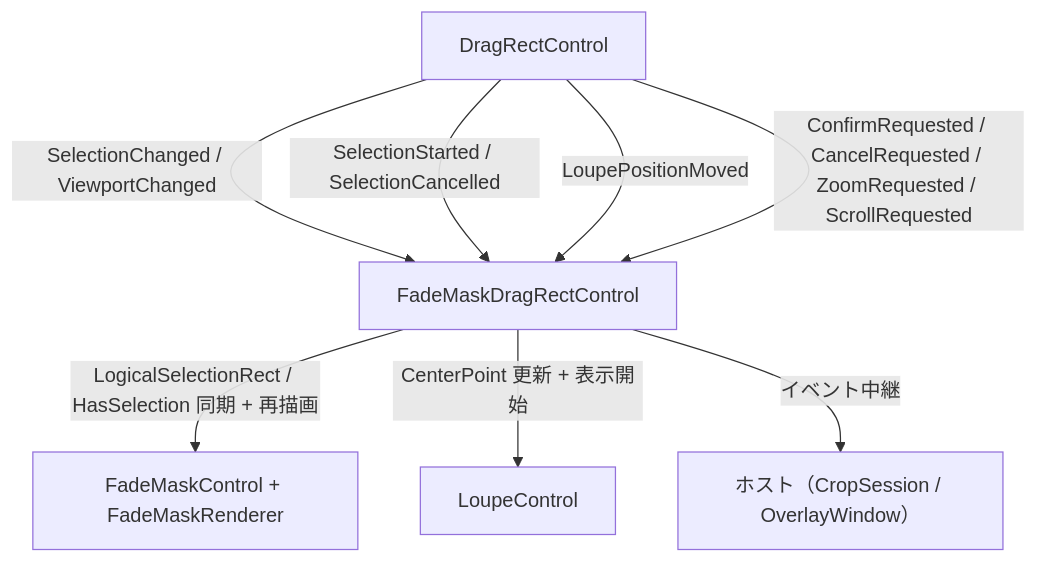
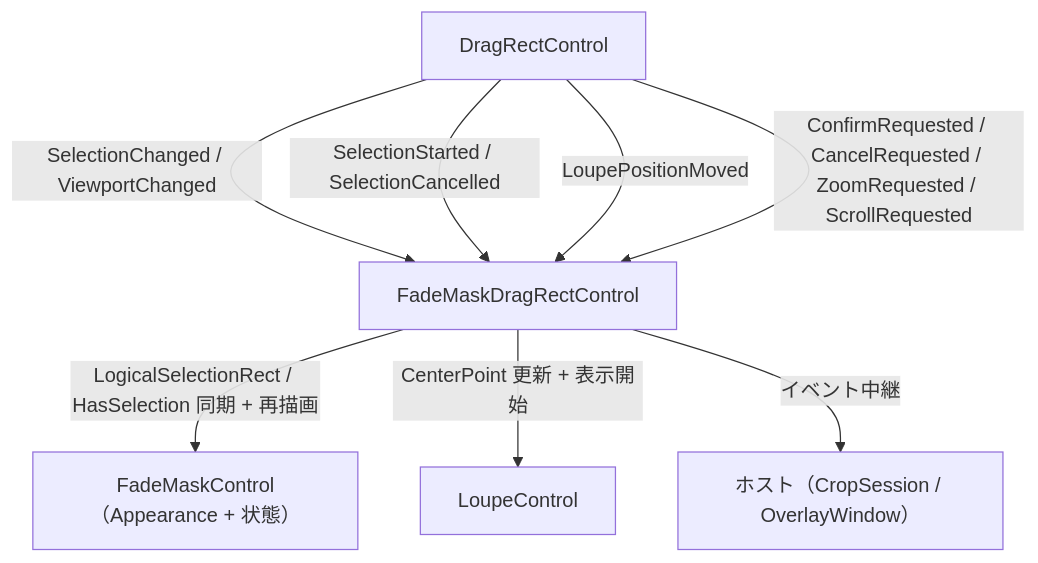
Before and after one commit to tomokuni/SaveEvidence: the diagram in src/FadeMaskDragRectControl.AvaloniaUI/SPEC_ExtFunc.md, drawn with Mermaid. The commit also changed other lines of this file and 63 other files, not shown here.

First line of the commit message:
FadeMaskControlの描画契約を整理

````diff
--- a/src/FadeMaskDragRectControl.AvaloniaUI/SPEC_ExtFunc.md
+++ b/src/FadeMaskDragRectControl.AvaloniaUI/SPEC_ExtFunc.md
@@ -255,10 +255,10 @@
 ```mermaid
 graph TD
     DR["DragRectControl"] -->|"SelectionChanged / ViewportChanged"| SC["FadeMaskDragRectControl"]
     DR -->|"SelectionStarted / SelectionCancelled"| SC
     DR -->|"LoupePositionMoved"| SC
     DR -->|"ConfirmRequested / CancelRequested / ZoomRequested / ScrollRequested"| SC
-    SC -->|"LogicalSelectionRect / HasSelection 同期 + 再描画"| FM["FadeMaskControl + FadeMaskRenderer"]
+    SC -->|"LogicalSelectionRect / HasSelection 同期 + 再描画"| FM["FadeMaskControl（Appearance + 状態）"]
     SC -->|"CenterPoint 更新 + 表示開始"| LC["LoupeControl"]
     SC -->|"イベント中継"| HOST["ホスト（CropSession / OverlayWindow）"]
 ```
````
